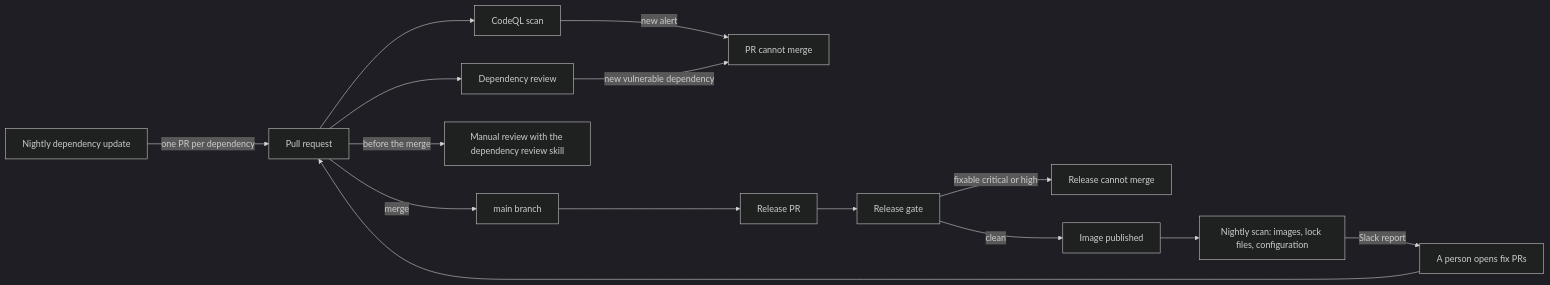
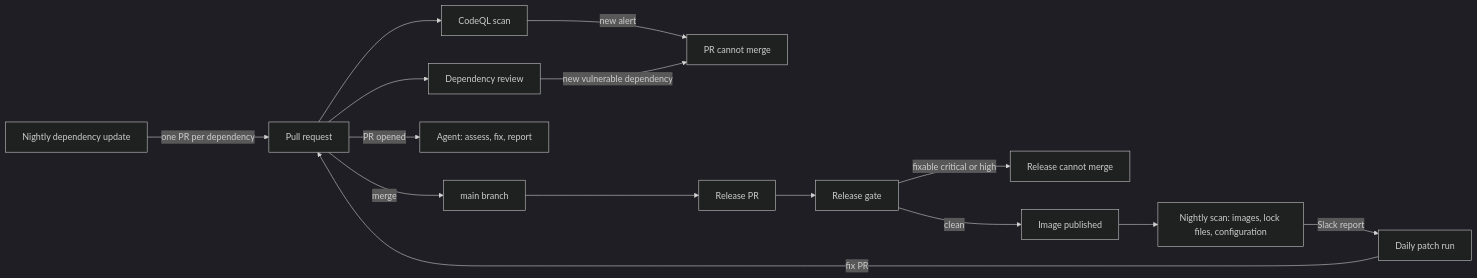
Before and after one commit to Unique-AG/connectors: the diagram in SECURITY-PROCESS.md, drawn with Mermaid (dark theme). The commit also changed other lines of this file and 2 other files, not shown here.

Commit message:
docs(main): describe the Cursor agent automations, the agent labels, and the infra setup

````diff
--- a/SECURITY-PROCESS.md
+++ b/SECURITY-PROCESS.md
@@ -12,17 +12,17 @@
 ```mermaid
 flowchart LR
   pr[Pull request] --> codeql[CodeQL scan]
   pr --> review[Dependency review]
   codeql -->|new alert| prStop[PR cannot merge]
   review -->|new vulnerable dependency| prStop
   nightlyUpdate[Nightly dependency update] -->|one PR per dependency| pr
-  pr -->|before the merge| manual[Manual review with the dependency review skill]
+  pr -->|PR opened| agent[Agent: assess, fix, report]
   pr -->|merge| main[main branch]
   main --> releasePr[Release PR]
   releasePr --> gate[Release gate]
   gate -->|fixable critical or high| relStop[Release cannot merge]
   gate -->|clean| published[Image published]
   published --> nightlyScan["Nightly scan: images, lock files, configuration"]
-  nightlyScan -->|Slack report| person[A person opens fix PRs]
-  person --> pr
+  nightlyScan -->|Slack report| patchRun[Daily patch run]
+  patchRun -->|fix PR| pr
 ```
````
